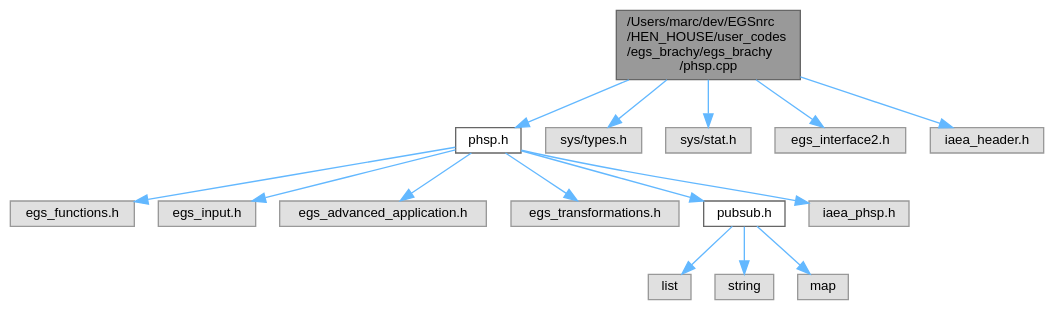
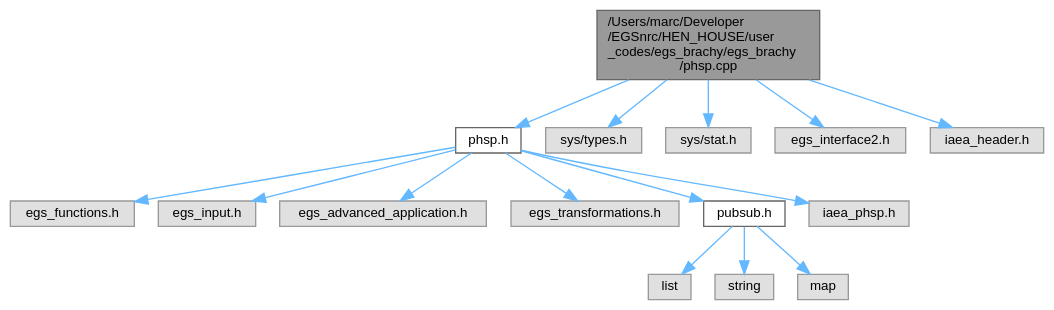
One commit to clrp-code/egs_brachy changed the diagram in docs/phsp_8cpp__incl.dot. Above: the diagram before and after it, drawn with Graphviz. The commit also changed 696 other files, not shown here.

```diff
--- a/docs/phsp_8cpp__incl.dot
+++ b/docs/phsp_8cpp__incl.dot
@@ -1,36 +1,36 @@
-digraph "/Users/marc/dev/EGSnrc/HEN_HOUSE/user_codes/egs_brachy/egs_brachy/phsp.cpp"
+digraph "/Users/marc/Developer/EGSnrc/HEN_HOUSE/user_codes/egs_brachy/egs_brachy/phsp.cpp"
 {
  // LATEX_PDF_SIZE
   bgcolor="transparent";
   edge [fontname=Helvetica,fontsize=10,labelfontname=Helvetica,labelfontsize=10];
   node [fontname=Helvetica,fontsize=10,shape=box,height=0.2,width=0.4];
-  Node1 [label="/Users/marc/dev/EGSnrc\l/HEN_HOUSE/user_codes\l/egs_brachy/egs_brachy\l/phsp.cpp",height=0.2,width=0.4,color="gray40", fillcolor="grey60", style="filled", fontcolor="black",tooltip="Implementation of the PHSPControl object."];
-  Node1 -> Node2 [color="steelblue1",style="solid"];
-  Node2 [label="phsp.h",height=0.2,width=0.4,color="grey40", fillcolor="white", style="filled",URL="$phsp_8h.html",tooltip="Definition of the PHSPControl object."];
-  Node2 -> Node3 [color="steelblue1",style="solid"];
-  Node3 [label="egs_functions.h",height=0.2,width=0.4,color="grey60", fillcolor="#E0E0E0", style="filled",tooltip=" "];
-  Node2 -> Node4 [color="steelblue1",style="solid"];
-  Node4 [label="egs_input.h",height=0.2,width=0.4,color="grey60", fillcolor="#E0E0E0", style="filled",tooltip=" "];
-  Node2 -> Node5 [color="steelblue1",style="solid"];
-  Node5 [label="egs_advanced_application.h",height=0.2,width=0.4,color="grey60", fillcolor="#E0E0E0", style="filled",tooltip=" "];
-  Node2 -> Node6 [color="steelblue1",style="solid"];
-  Node6 [label="egs_transformations.h",height=0.2,width=0.4,color="grey60", fillcolor="#E0E0E0", style="filled",tooltip=" "];
-  Node2 -> Node7 [color="steelblue1",style="solid"];
-  Node7 [label="pubsub.h",height=0.2,width=0.4,color="grey40", fillcolor="white", style="filled",URL="$pubsub_8h.html",tooltip="A simple pub/sub module to allow various egs_brachy classes to subscribe to particle events."];
-  Node7 -> Node8 [color="steelblue1",style="solid"];
-  Node8 [label="list",height=0.2,width=0.4,color="grey60", fillcolor="#E0E0E0", style="filled",tooltip=" "];
-  Node7 -> Node9 [color="steelblue1",style="solid"];
-  Node9 [label="string",height=0.2,width=0.4,color="grey60", fillcolor="#E0E0E0", style="filled",tooltip=" "];
-  Node7 -> Node10 [color="steelblue1",style="solid"];
-  Node10 [label="map",height=0.2,width=0.4,color="grey60", fillcolor="#E0E0E0", style="filled",tooltip=" "];
-  Node2 -> Node11 [color="steelblue1",style="solid"];
-  Node11 [label="iaea_phsp.h",height=0.2,width=0.4,color="grey60", fillcolor="#E0E0E0", style="filled",tooltip=" "];
-  Node1 -> Node12 [color="steelblue1",style="solid"];
-  Node12 [label="sys/types.h",height=0.2,width=0.4,color="grey60", fillcolor="#E0E0E0", style="filled",tooltip=" "];
-  Node1 -> Node13 [color="steelblue1",style="solid"];
-  Node13 [label="sys/stat.h",height=0.2,width=0.4,color="grey60", fillcolor="#E0E0E0", style="filled",tooltip=" "];
-  Node1 -> Node14 [color="steelblue1",style="solid"];
-  Node14 [label="egs_interface2.h",height=0.2,width=0.4,color="grey60", fillcolor="#E0E0E0", style="filled",tooltip=" "];
-  Node1 -> Node15 [color="steelblue1",style="solid"];
-  Node15 [label="iaea_header.h",height=0.2,width=0.4,color="grey60", fillcolor="#E0E0E0", style="filled",tooltip=" "];
+  Node1 [id="Node000001",label="/Users/marc/Developer\l/EGSnrc/HEN_HOUSE/user\l_codes/egs_brachy/egs_brachy\l/phsp.cpp",height=0.2,width=0.4,color="gray40", fillcolor="grey60", style="filled", fontcolor="black",tooltip="Implementation of the PHSPControl object."];
+  Node1 -> Node2 [id="edge1_Node000001_Node000002",color="steelblue1",style="solid",tooltip=" "];
+  Node2 [id="Node000002",label="phsp.h",height=0.2,width=0.4,color="grey40", fillcolor="white", style="filled",URL="$phsp_8h.html",tooltip="Definition of the PHSPControl object."];
+  Node2 -> Node3 [id="edge2_Node000002_Node000003",color="steelblue1",style="solid",tooltip=" "];
+  Node3 [id="Node000003",label="egs_functions.h",height=0.2,width=0.4,color="grey60", fillcolor="#E0E0E0", style="filled",tooltip=" "];
+  Node2 -> Node4 [id="edge3_Node000002_Node000004",color="steelblue1",style="solid",tooltip=" "];
+  Node4 [id="Node000004",label="egs_input.h",height=0.2,width=0.4,color="grey60", fillcolor="#E0E0E0", style="filled",tooltip=" "];
+  Node2 -> Node5 [id="edge4_Node000002_Node000005",color="steelblue1",style="solid",tooltip=" "];
+  Node5 [id="Node000005",label="egs_advanced_application.h",height=0.2,width=0.4,color="grey60", fillcolor="#E0E0E0", style="filled",tooltip=" "];
+  Node2 -> Node6 [id="edge5_Node000002_Node000006",color="steelblue1",style="solid",tooltip=" "];
+  Node6 [id="Node000006",label="egs_transformations.h",height=0.2,width=0.4,color="grey60", fillcolor="#E0E0E0", style="filled",tooltip=" "];
+  Node2 -> Node7 [id="edge6_Node000002_Node000007",color="steelblue1",style="solid",tooltip=" "];
+  Node7 [id="Node000007",label="pubsub.h",height=0.2,width=0.4,color="grey40", fillcolor="white", style="filled",URL="$pubsub_8h.html",tooltip="A simple pub/sub module to allow various egs_brachy classes to subscribe to particle events."];
+  Node7 -> Node8 [id="edge7_Node000007_Node000008",color="steelblue1",style="solid",tooltip=" "];
+  Node8 [id="Node000008",label="list",height=0.2,width=0.4,color="grey60", fillcolor="#E0E0E0", style="filled",tooltip=" "];
+  Node7 -> Node9 [id="edge8_Node000007_Node000009",color="steelblue1",style="solid",tooltip=" "];
+  Node9 [id="Node000009",label="string",height=0.2,width=0.4,color="grey60", fillcolor="#E0E0E0", style="filled",tooltip=" "];
+  Node7 -> Node10 [id="edge9_Node000007_Node000010",color="steelblue1",style="solid",tooltip=" "];
+  Node10 [id="Node000010",label="map",height=0.2,width=0.4,color="grey60", fillcolor="#E0E0E0", style="filled",tooltip=" "];
+  Node2 -> Node11 [id="edge10_Node000002_Node000011",color="steelblue1",style="solid",tooltip=" "];
+  Node11 [id="Node000011",label="iaea_phsp.h",height=0.2,width=0.4,color="grey60", fillcolor="#E0E0E0", style="filled",tooltip=" "];
+  Node1 -> Node12 [id="edge11_Node000001_Node000012",color="steelblue1",style="solid",tooltip=" "];
+  Node12 [id="Node000012",label="sys/types.h",height=0.2,width=0.4,color="grey60", fillcolor="#E0E0E0", style="filled",tooltip=" "];
+  Node1 -> Node13 [id="edge12_Node000001_Node000013",color="steelblue1",style="solid",tooltip=" "];
+  Node13 [id="Node000013",label="sys/stat.h",height=0.2,width=0.4,color="grey60", fillcolor="#E0E0E0", style="filled",tooltip=" "];
+  Node1 -> Node14 [id="edge13_Node000001_Node000014",color="steelblue1",style="solid",tooltip=" "];
+  Node14 [id="Node000014",label="egs_interface2.h",height=0.2,width=0.4,color="grey60", fillcolor="#E0E0E0", style="filled",tooltip=" "];
+  Node1 -> Node15 [id="edge14_Node000001_Node000015",color="steelblue1",style="solid",tooltip=" "];
+  Node15 [id="Node000015",label="iaea_header.h",height=0.2,width=0.4,color="grey60", fillcolor="#E0E0E0", style="filled",tooltip=" "];
 }
```
